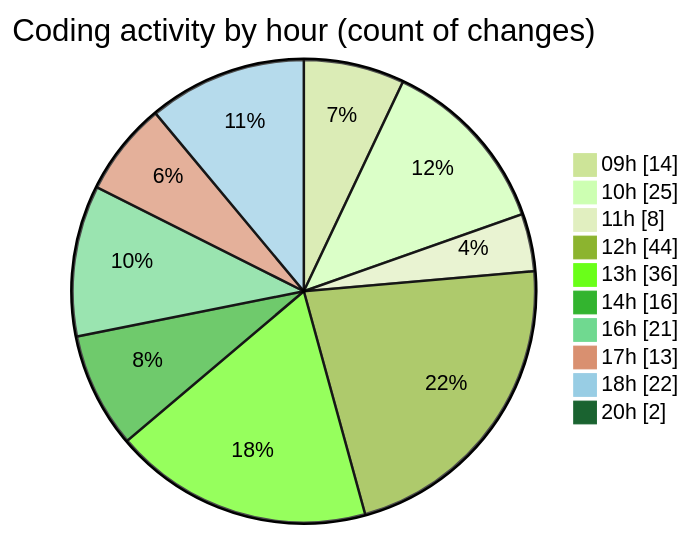
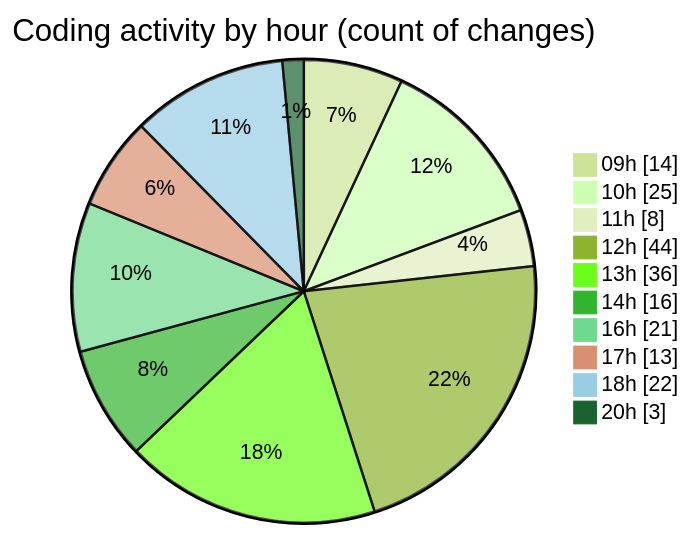
The second of 2 diagrams in 2025-06-03/cda/README.md (momahboobian/code-tracking), drawn with Mermaid (forest theme) before and after one commit. The commit also changed other lines of this file and 1 other file, not shown here.

````diff
--- a/2025-06-03/cda/README.md
+++ b/2025-06-03/cda/README.md
@@ -36,14 +36,14 @@
 ```mermaid
 pie showData
 title Coding activity by hour (count of changes)
 "09h" : 14
 "10h" : 25
 "11h" : 8
 "12h" : 44
 "13h" : 36
 "14h" : 16
 "16h" : 21
 "17h" : 13
 "18h" : 22
-"20h" : 2
+"20h" : 3
 ```
````
